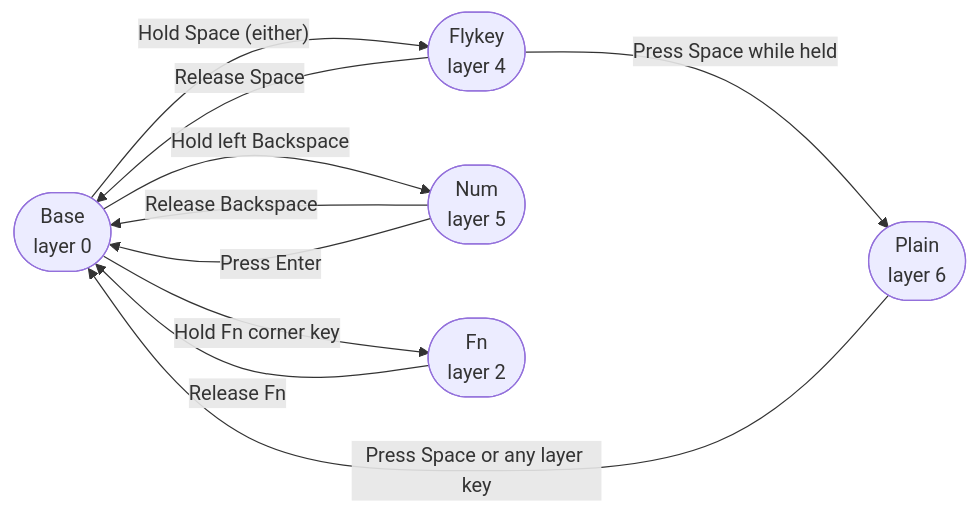
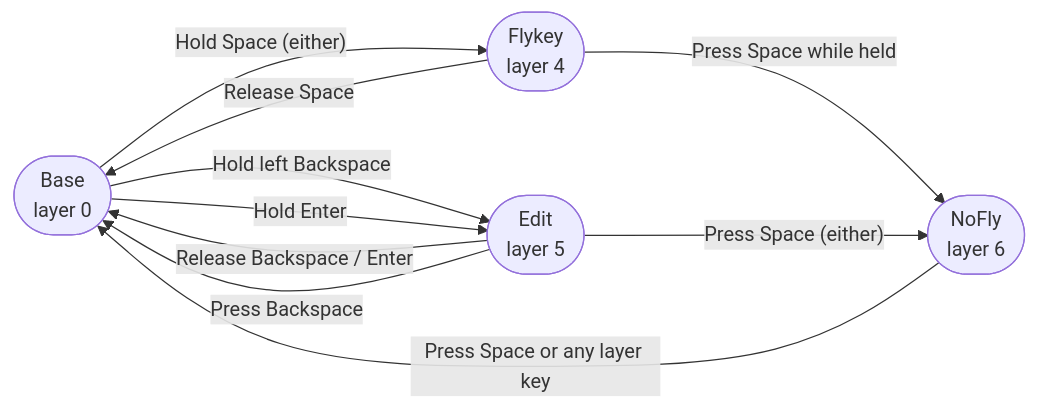
The diagram in CUSTOMIZATIONS.md (chaoy/Adv360-Pro-ZMK), drawn with Mermaid before and after one commit. The commit also changed other lines of this file and 4 other files, not shown here.

First line of the commit message:
Add Edit layer shortcuts, rename layers, rewrite docs

````diff
--- a/CUSTOMIZATIONS.md
+++ b/CUSTOMIZATIONS.md
@@ -20,19 +20,18 @@
 ```mermaid
 flowchart LR
     B([Base\nlayer 0])
     F([Flykey\nlayer 4])
-    N([Num\nlayer 5])
-    P([Plain\nlayer 6])
+    E([Edit\nlayer 5])
+    N([NoFly\nlayer 6])
 
     B -->|"Hold Space (either)"| F
     F -->|"Release Space"| B
-    F -->|"Press Space while held"| P
-    P -->|"Press Space or any layer key"| B
+    F -->|"Press Space while held"| N
+    N -->|"Press Space or any layer key"| B
 
-    B -->|"Hold left Backspace"| N
-    N -->|"Release Backspace"| B
-    N -->|"Press Enter"| B
-
-    B -->|"Hold Fn corner key"| Fn([Fn\nlayer 2])
-    Fn -->|"Release Fn"| B
+    B -->|"Hold left Backspace"| E
+    B -->|"Hold Enter"| E
+    E -->|"Release Backspace / Enter"| B
+    E -->|"Press Backspace"| B
+    E -->|"Press Space (either)"| N
 ```
````
